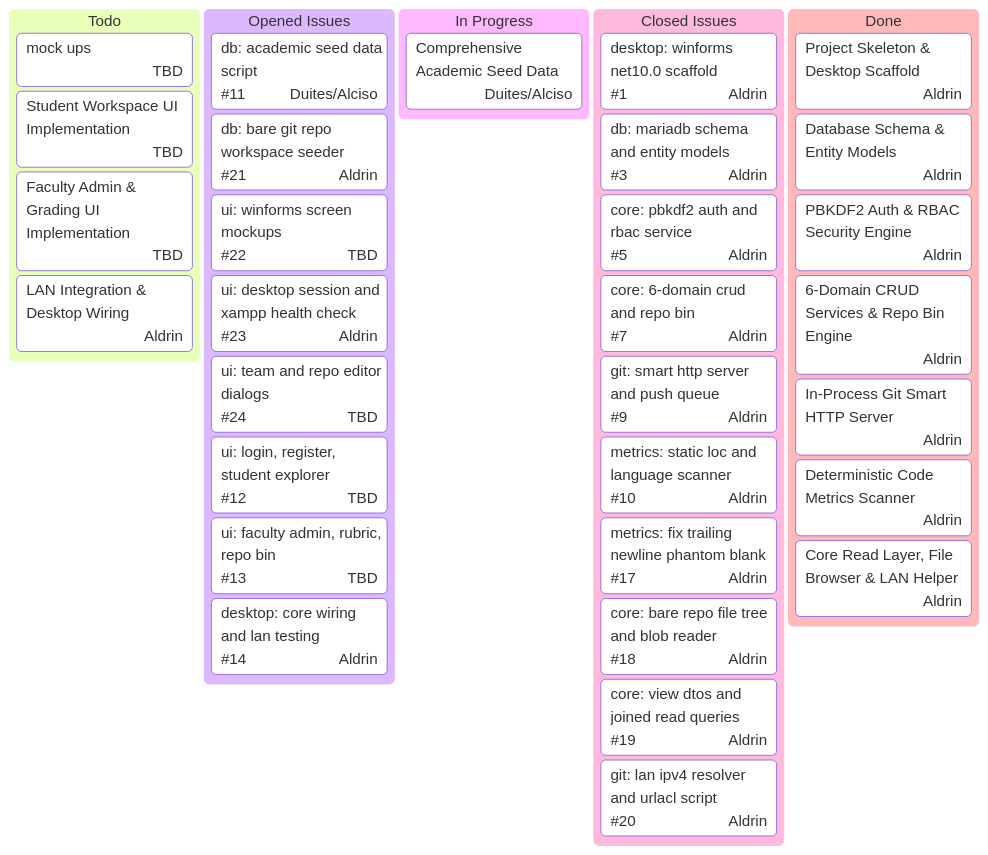
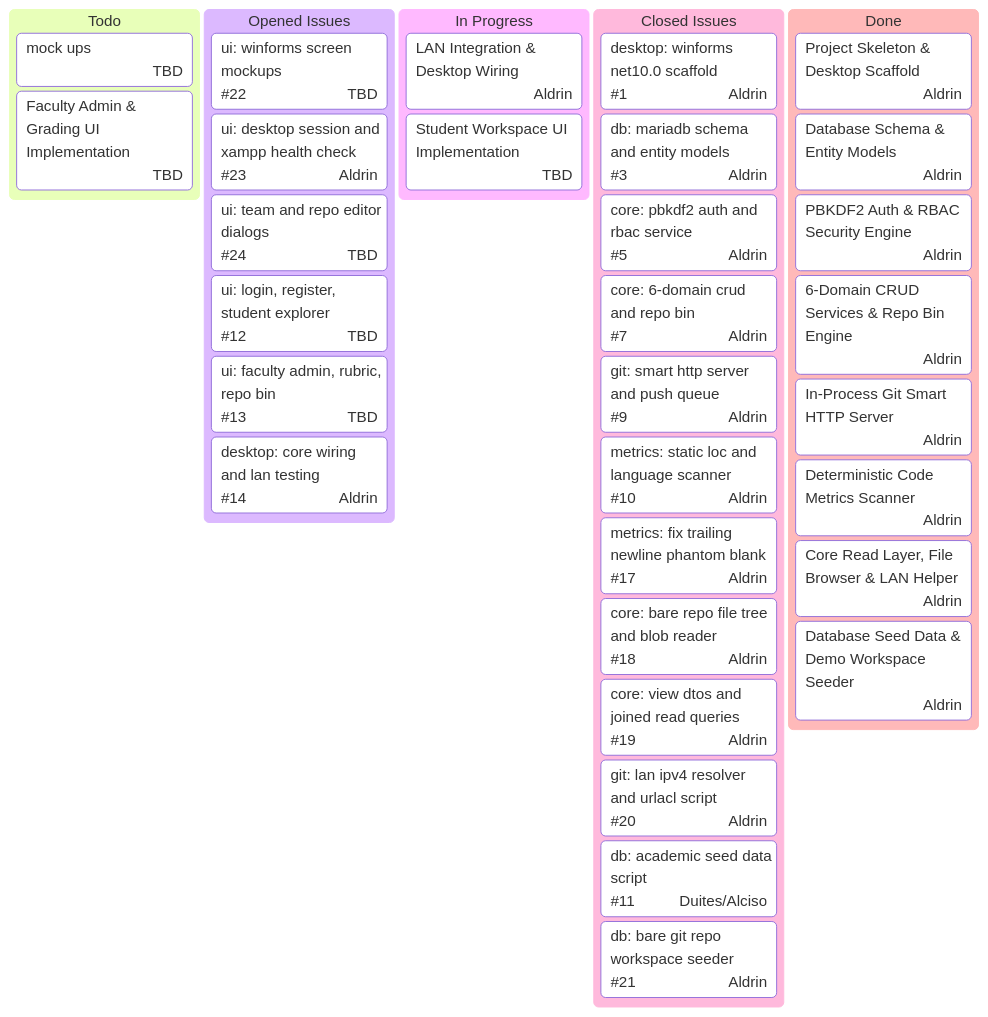
One commit to frtzhahn/repo-vault changed the diagram in README.md. Above: the diagram before and after it, drawn with Mermaid.

Commit message:
docs(kanban): update board for m5c

````diff
--- a/README.md
+++ b/README.md
@@ -34,39 +34,39 @@
 ```mermaid
 kanban
   [Todo]
     [mock ups]@{ assigned: 'TBD' }
-    [Student Workspace UI Implementation]@{ assigned: 'TBD' }
     [Faculty Admin & Grading UI Implementation]@{ assigned: 'TBD' }
-    [LAN Integration & Desktop Wiring]@{ assigned: 'Aldrin' }
   [Opened Issues]
-    [db: academic seed data script]@{ assigned: 'Duites/Alciso', ticket: '#11' }
-    [db: bare git repo workspace seeder]@{ assigned: 'Aldrin', ticket: '#21' }
     [ui: winforms screen mockups]@{ assigned: 'TBD', ticket: '#22' }
     [ui: desktop session and xampp health check]@{ assigned: 'Aldrin', ticket: '#23' }
     [ui: team and repo editor dialogs]@{ assigned: 'TBD', ticket: '#24' }
     [ui: login, register, student explorer]@{ assigned: 'TBD', ticket: '#12' }
     [ui: faculty admin, rubric, repo bin]@{ assigned: 'TBD', ticket: '#13' }
     [desktop: core wiring and lan testing]@{ assigned: 'Aldrin', ticket: '#14' }
   [In Progress]
-    [Comprehensive Academic Seed Data]@{ assigned: 'Duites/Alciso' }
+    [LAN Integration & Desktop Wiring]@{ assigned: 'Aldrin' }
+    [Student Workspace UI Implementation]@{ assigned: 'TBD' }
   [Closed Issues]
     [desktop: winforms net10.0 scaffold]@{ assigned: 'Aldrin', ticket: '#1' }
     [db: mariadb schema and entity models]@{ assigned: 'Aldrin', ticket: '#3' }
     [core: pbkdf2 auth and rbac service]@{ assigned: 'Aldrin', ticket: '#5' }
     [core: 6-domain crud and repo bin]@{ assigned: 'Aldrin', ticket: '#7' }
     [git: smart http server and push queue]@{ assigned: 'Aldrin', ticket: '#9' }
     [metrics: static loc and language scanner]@{ assigned: 'Aldrin', ticket: '#10' }
     [metrics: fix trailing newline phantom blank]@{ assigned: 'Aldrin', ticket: '#17' }
     [core: bare repo file tree and blob reader]@{ assigned: 'Aldrin', ticket: '#18' }
     [core: view dtos and joined read queries]@{ assigned: 'Aldrin', ticket: '#19' }
     [git: lan ipv4 resolver and urlacl script]@{ assigned: 'Aldrin', ticket: '#20' }
+    [db: academic seed data script]@{ assigned: 'Duites/Alciso', ticket: '#11' }
+    [db: bare git repo workspace seeder]@{ assigned: 'Aldrin', ticket: '#21' }
   [Done]
     [Project Skeleton & Desktop Scaffold]@{ assigned: 'Aldrin' }
     [Database Schema & Entity Models]@{ assigned: 'Aldrin' }
     [PBKDF2 Auth & RBAC Security Engine]@{ assigned: 'Aldrin' }
     [6-Domain CRUD Services & Repo Bin Engine]@{ assigned: 'Aldrin' }
     [In-Process Git Smart HTTP Server]@{ assigned: 'Aldrin' }
     [Deterministic Code Metrics Scanner]@{ assigned: 'Aldrin' }
     [Core Read Layer, File Browser & LAN Helper]@{ assigned: 'Aldrin' }
+    [Database Seed Data & Demo Workspace Seeder]@{ assigned: 'Aldrin' }
 
 ```
````
